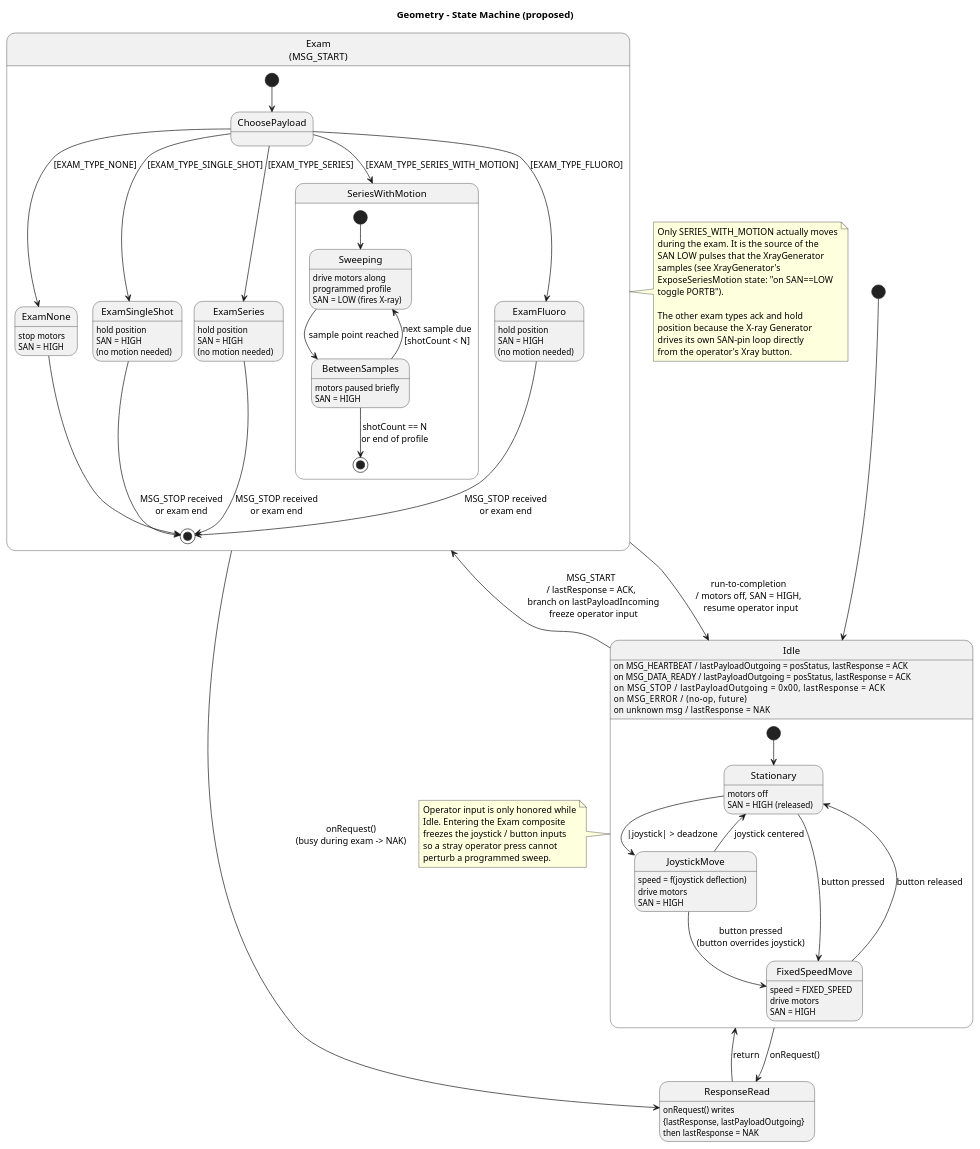
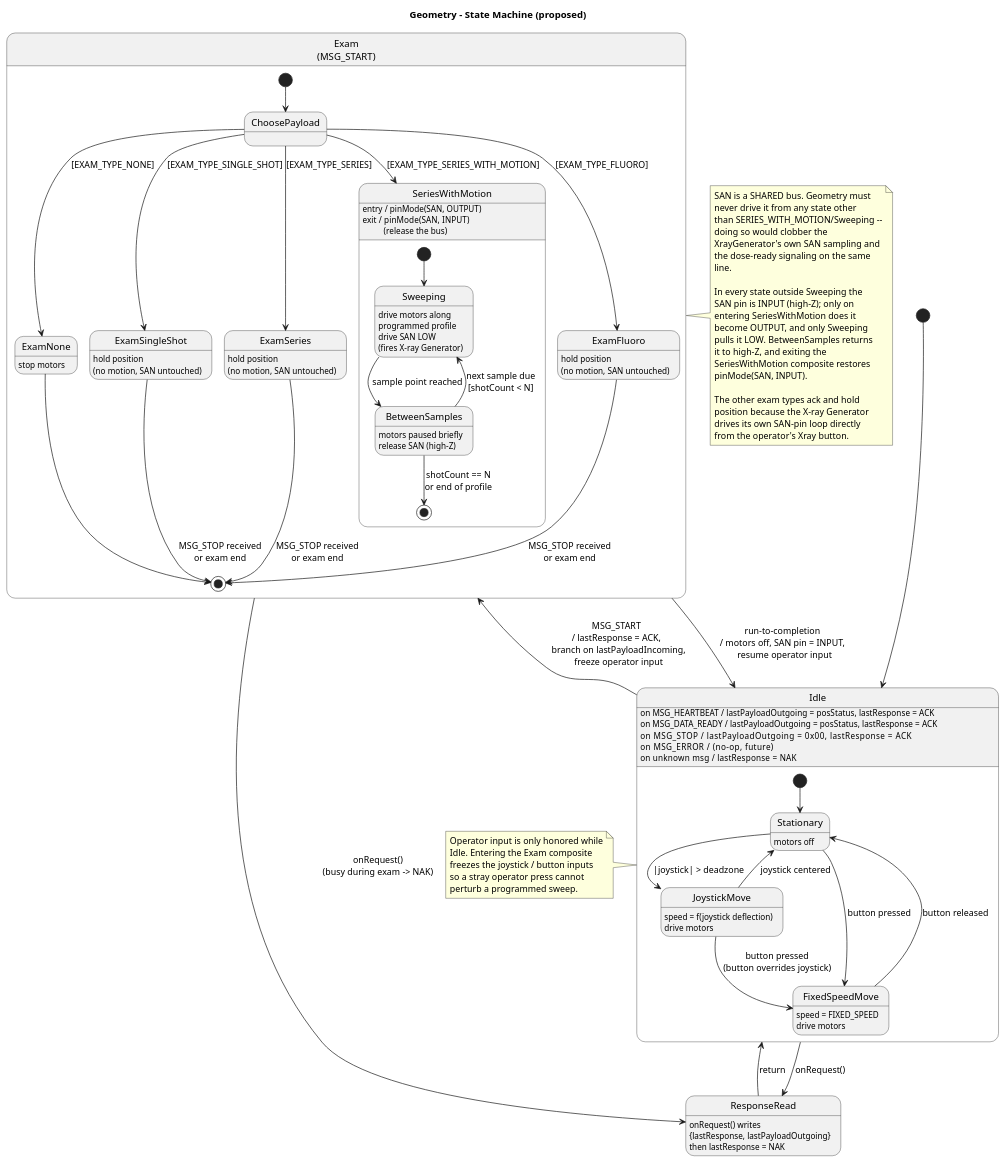
Before and after one commit to luckyharry1/Xray-Project: the diagram in docs/diagrams/Geometry_State.puml, drawn with PlantUML.

Commit message:
docs: Geometry state diagram, SAN bus only driven in SeriesWithMotion
SAN is a shared bus; Geometry actively driving it from idle motion
states or from non-SERIES_WITH_MOTION exam types would interfere
with the XrayGenerator's SAN sampling and with dose-ready signaling.

Fixes the Geometry state diagram so:
- The SAN pin defaults to INPUT (high-Z) in every state.
- SeriesWithMotion has entry/exit actions that toggle the SAN pin
  between OUTPUT (on entry) and INPUT (on exit).
- Sweeping is the only state that actively drives SAN LOW (to fire
  the XrayGenerator); BetweenSamples releases SAN back to high-Z.
- Idle sub-states and the other exam sub-states no longer mention
  SAN at all, since they leave it alone.

Header comment and the Exam-side note are updated to make the
"shared bus, only driven inside Sweeping" contract explicit.

```diff
--- a/docs/diagrams/Geometry_State.puml
+++ b/docs/diagrams/Geometry_State.puml
@@ -1,114 +1,131 @@
 @startuml Geometry_State
 title Geometry - State Machine (proposed)
 
 ' Source of inspiration:
 '   XrayGenerator/src/main.cpp - the sister I2C-slave structure
 '   System requirements (operator joystick + button, SAN line on the bus)
 '   Geometry/src/main.cpp      - current skeleton (only stubs implemented)
 '
 ' Role: I2C slave (intended I2C_ADDR_SLAVE_2; the skeleton currently uses
 '       SLAVE_1, which collides with XrayGenerator and needs fixing).
 '       The Geometry positions the C-arm / detector. While idle it is
 '       under operator control (joystick or fixed-speed button). During
 '       an exam it is mostly passive, EXCEPT for SERIES_WITH_MOTION,
 '       where it sweeps along a programmed motion profile and uses the
 '       SAN line to fire the X-ray Generator at each sample point.
 '
 '   SAN contract (open-drain, pulled HIGH by default):
-'     - SAN floats HIGH while geometry is stationary or under operator
-'       control during Idle.
-'     - SAN is driven LOW by Geometry while it is moving during the
-'       SERIES_WITH_MOTION exam, which the XrayGenerator samples to fire.
+'     SAN is a shared bus. Geometry must NEVER drive it from any state
+'     other than SERIES_WITH_MOTION/Sweeping, otherwise it would
+'     interfere with the XrayGenerator's own SAN sampling and with the
+'     dose-ready signaling on the same line.
+'     - Default: SAN pin is INPUT (high-Z), let the bus float.
+'     - Only on entry to SeriesWithMotion does Geometry configure the
+'       pin as OUTPUT, and only the Sweeping sub-state actively pulls
+'       SAN LOW. BetweenSamples releases it (back to INPUT / high-Z).
+'     - On exit from SeriesWithMotion the pin returns to INPUT.
 '
 '   I2C event handling on the slave side is identical in shape to the
 '   XrayGenerator: onReceive() updates {lastResponse, lastPayloadOutgoing},
 '   onRequest() returns them and resets lastResponse to NAK.
 
 [*] --> Idle
 
 state Idle {
   [*] --> Stationary
 
-  state Stationary       : motors off\nSAN = HIGH (released)
-  state JoystickMove     : speed = f(joystick deflection)\ndrive motors\nSAN = HIGH
-  state FixedSpeedMove   : speed = FIXED_SPEED\ndrive motors\nSAN = HIGH
+  state Stationary       : motors off
+  state JoystickMove     : speed = f(joystick deflection)\ndrive motors
+  state FixedSpeedMove   : speed = FIXED_SPEED\ndrive motors
 
   Stationary     --> JoystickMove   : |joystick| > deadzone
   JoystickMove   --> Stationary     : joystick centered
   Stationary     --> FixedSpeedMove : button pressed
   JoystickMove   --> FixedSpeedMove : button pressed\n(button overrides joystick)
   FixedSpeedMove --> Stationary     : button released
 
   Idle : on MSG_HEARTBEAT  / lastPayloadOutgoing = posStatus, lastResponse = ACK
   Idle : on MSG_DATA_READY / lastPayloadOutgoing = posStatus, lastResponse = ACK
   Idle : on MSG_STOP       / lastPayloadOutgoing = 0x00,      lastResponse = ACK
   Idle : on MSG_ERROR      / (no-op, future)
   Idle : on unknown msg    / lastResponse = NAK
 }
 
 ' ---- Dispatch on MSG_START -------------------------------------------------
 state "Exam\n(MSG_START)" as Exam {
   [*] --> ChoosePayload
 
   state ChoosePayload <<choice>>
 
-  state ExamNone        : stop motors\nSAN = HIGH
-  state ExamSingleShot  : hold position\nSAN = HIGH\n(no motion needed)
-  state ExamSeries      : hold position\nSAN = HIGH\n(no motion needed)
+  state ExamNone        : stop motors
+  state ExamSingleShot  : hold position\n(no motion, SAN untouched)
+  state ExamSeries      : hold position\n(no motion, SAN untouched)
 
   state SeriesWithMotion {
+    SeriesWithMotion : entry / pinMode(SAN, OUTPUT)
+    SeriesWithMotion : exit  / pinMode(SAN, INPUT)\n          (release the bus)
     [*] --> Sweeping
-    state Sweeping       : drive motors along\nprogrammed profile\nSAN = LOW (fires X-ray)
-    state BetweenSamples : motors paused briefly\nSAN = HIGH
+    state Sweeping       : drive motors along\nprogrammed profile\ndrive SAN LOW\n(fires X-ray Generator)
+    state BetweenSamples : motors paused briefly\nrelease SAN (high-Z)
     Sweeping       --> BetweenSamples : sample point reached
     BetweenSamples --> Sweeping       : next sample due\n[shotCount < N]
     BetweenSamples --> [*]            : shotCount == N\nor end of profile
   }
 
-  state ExamFluoro      : hold position\nSAN = HIGH\n(no motion needed)
+  state ExamFluoro      : hold position\n(no motion, SAN untouched)
 
   ChoosePayload --> ExamNone          : [EXAM_TYPE_NONE]
   ChoosePayload --> ExamSingleShot    : [EXAM_TYPE_SINGLE_SHOT]
   ChoosePayload --> ExamSeries        : [EXAM_TYPE_SERIES]
   ChoosePayload --> SeriesWithMotion  : [EXAM_TYPE_SERIES_WITH_MOTION]
   ChoosePayload --> ExamFluoro        : [EXAM_TYPE_FLUORO]
 
   ExamNone         --> [*]
   ExamSingleShot   --> [*] : MSG_STOP received\nor exam end
   ExamSeries       --> [*] : MSG_STOP received\nor exam end
   ExamFluoro       --> [*] : MSG_STOP received\nor exam end
 }
 
-Idle --> Exam : MSG_START\n/ lastResponse = ACK,\n  branch on lastPayloadIncoming\n  freeze operator input
-Exam --> Idle : run-to-completion\n/ motors off, SAN = HIGH,\n  resume operator input
+Idle --> Exam : MSG_START\n/ lastResponse = ACK,\n  branch on lastPayloadIncoming,\n  freeze operator input
+Exam --> Idle : run-to-completion\n/ motors off, SAN pin = INPUT,\n  resume operator input
 
 ' ---- I2C response side (read path) ----
 state ResponseRead : onRequest() writes\n{lastResponse, lastPayloadOutgoing}\nthen lastResponse = NAK
 
 Idle --> ResponseRead : onRequest()
 Exam --> ResponseRead : onRequest()\n(busy during exam -> NAK)
 ResponseRead --> Idle : return
 
 note right of Exam
-  Only SERIES_WITH_MOTION actually moves
-  during the exam. It is the source of the
-  SAN LOW pulses that the XrayGenerator
-  samples (see XrayGenerator's
-  ExposeSeriesMotion state: "on SAN==LOW
-  toggle PORTB").
+  SAN is a SHARED bus. Geometry must
+  never drive it from any state other
+  than SERIES_WITH_MOTION/Sweeping --
+  doing so would clobber the
+  XrayGenerator's own SAN sampling and
+  the dose-ready signaling on the same
+  line.
+
+  In every state outside Sweeping the
+  SAN pin is INPUT (high-Z); only on
+  entering SeriesWithMotion does it
+  become OUTPUT, and only Sweeping
+  pulls it LOW. BetweenSamples returns
+  it to high-Z, and exiting the
+  SeriesWithMotion composite restores
+  pinMode(SAN, INPUT).
 
   The other exam types ack and hold
   position because the X-ray Generator
   drives its own SAN-pin loop directly
   from the operator's Xray button.
 end note
 
 note left of Idle
   Operator input is only honored while
   Idle. Entering the Exam composite
   freezes the joystick / button inputs
   so a stray operator press cannot
   perturb a programmed sweep.
 end note
 
 @enduml
```
